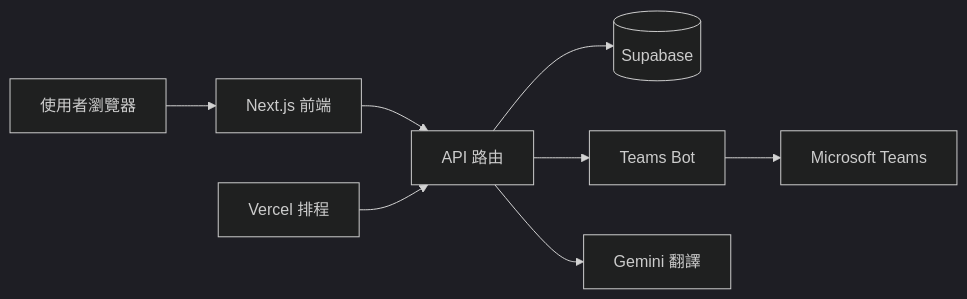
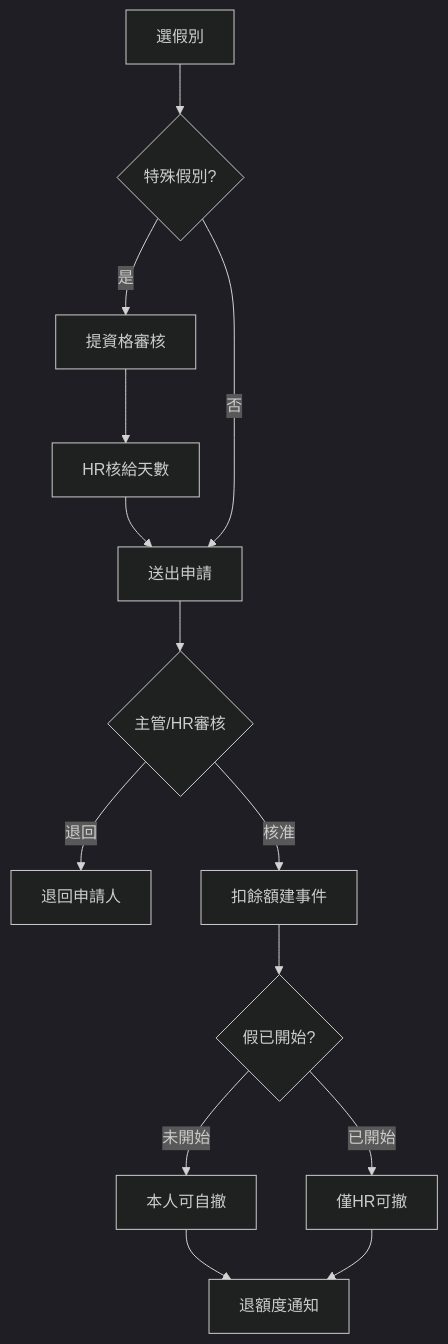
The first of 3 diagrams in docs/generated/zh-TW-admin.md (cancerfreebiotech/myops), drawn with Mermaid (dark theme) before and after one commit. The commit also changed other lines of this file and 6 other files, not shown here.

````diff
--- a/docs/generated/zh-TW-admin.md
+++ b/docs/generated/zh-TW-admin.md
@@ -159,10 +937,16 @@
 ```mermaid
-flowchart LR
-  USER[使用者瀏覽器] --> FE[Next.js 前端]
-  FE --> API[API 路由]
-  API --> DB[(Supabase)]
-  CRON[Vercel 排程] --> API
-  API --> BOT[Teams Bot]
-  BOT --> TEAMS[Microsoft Teams]
-  API --> GEM[Gemini 翻譯]
+flowchart TD
+    A[選假別] --> B{特殊假別?}
+    B -->|是| C[提資格審核]
+    C --> D[HR核給天數]
+    D --> E[送出申請]
+    B -->|否| E
+    E --> F{主管/HR審核}
+    F -->|退回| G[退回申請人]
+    F -->|核准| H[扣餘額建事件]
+    H --> I{假已開始?}
+    I -->|未開始| J[本人可自撤]
+    I -->|已開始| K[僅HR可撤]
+    J --> L[退額度通知]
+    K --> L
 ```
````
